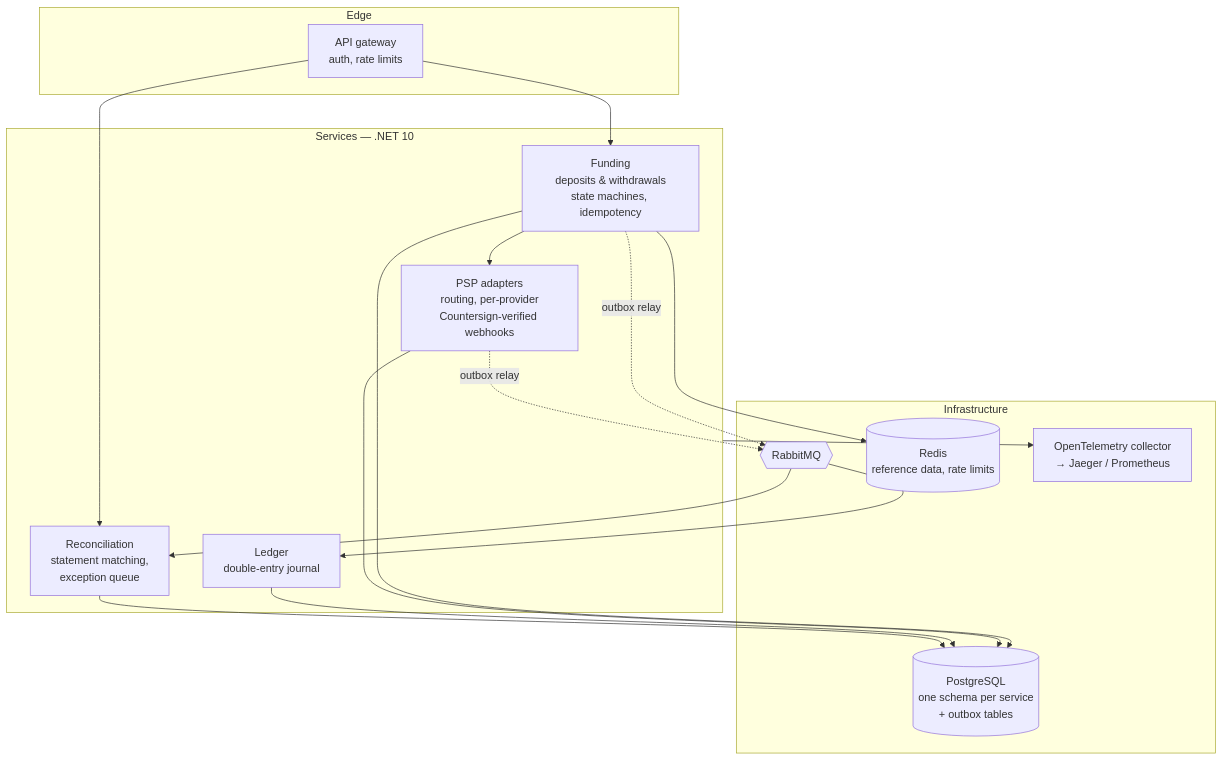
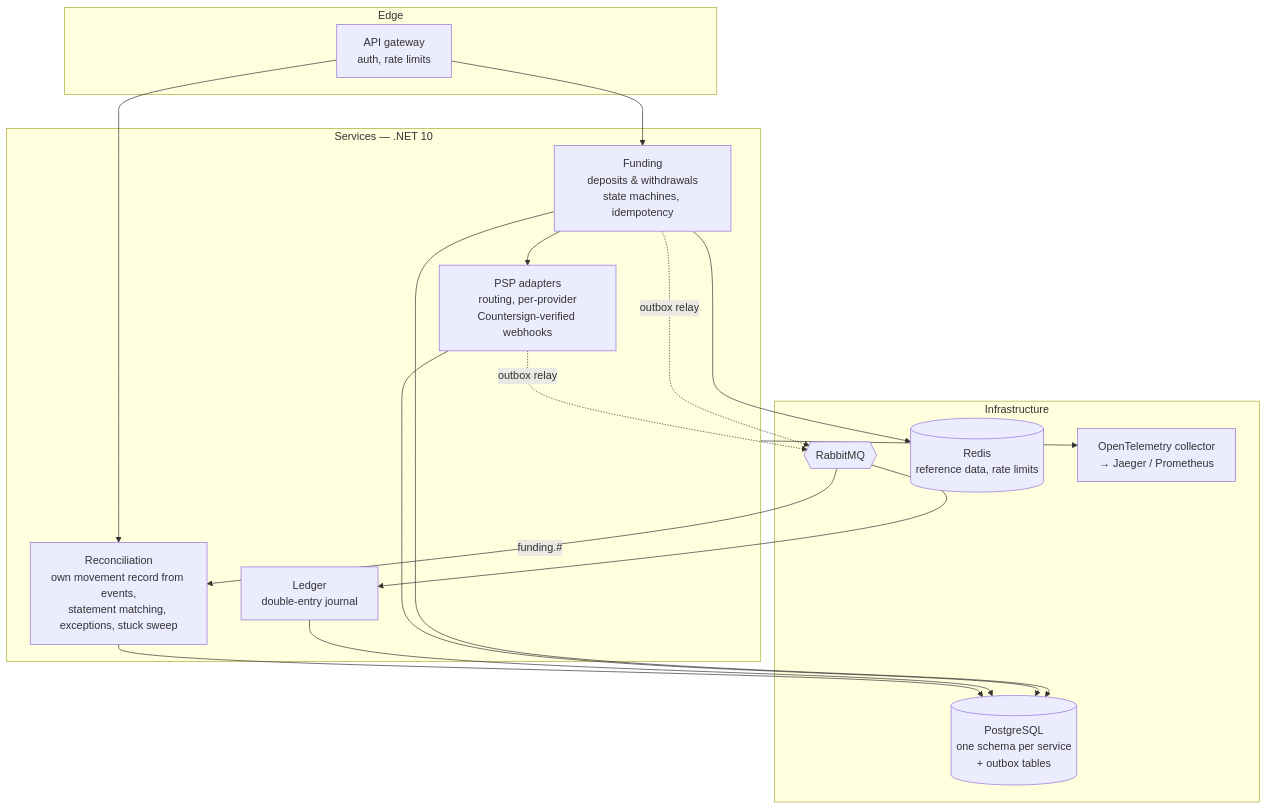
Before and after one commit to value-al/Remit: the second of 2 diagrams in docs/architecture/c4-context.md, drawn with Mermaid. The commit also changed 30 other files, not shown here.

First line of the commit message:
Week 8: reconciliation service — own movement record, statement matching, exceptions, stuck sweep

````diff
--- a/docs/architecture/c4-context.md
+++ b/docs/architecture/c4-context.md
@@ -28,34 +28,34 @@
 ```mermaid
 flowchart TB
     subgraph edge [Edge]
         gw[API gateway<br/>auth, rate limits]
     end
 
     subgraph services [Services — .NET 10]
         funding[Funding<br/>deposits & withdrawals<br/>state machines, idempotency]
         psp[PSP adapters<br/>routing, per-provider<br/>Countersign-verified webhooks]
         ledger[Ledger<br/>double-entry journal]
-        recon[Reconciliation<br/>statement matching,<br/>exception queue]
+        recon[Reconciliation<br/>own movement record from events,<br/>statement matching, exceptions, stuck sweep]
     end
 
     subgraph infra [Infrastructure]
         pg[(PostgreSQL<br/>one schema per service<br/>+ outbox tables)]
         mq{{RabbitMQ}}
         redis[(Redis<br/>reference data, rate limits)]
         otel[OpenTelemetry collector<br/>→ Jaeger / Prometheus]
     end
 
     gw --> funding
     gw --> recon
     funding --> psp
     funding --> pg
     psp --> pg
     ledger --> pg
     recon --> pg
     funding -. outbox relay .-> mq
     psp -. outbox relay .-> mq
     mq --> ledger
-    mq --> recon
+    mq -- funding.# --> recon
     funding --> redis
     services --> otel
 ```
````
